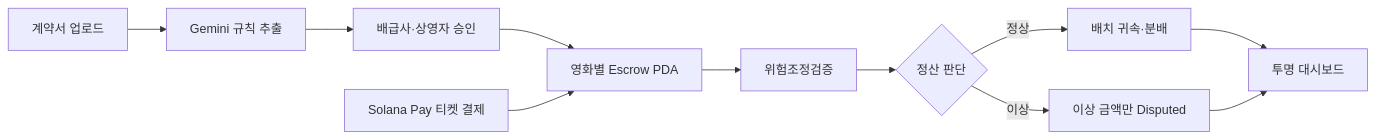
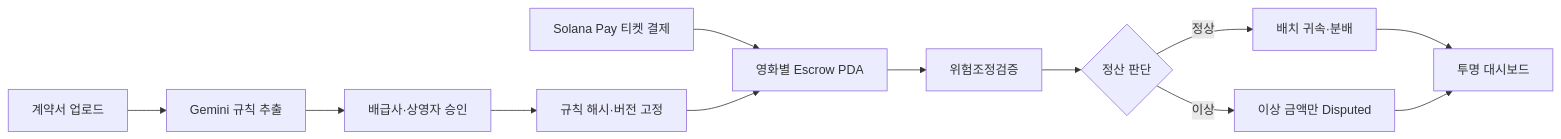
Before and after one commit to chaincrew-kr/blockchain-hackathon: the first of 2 diagrams in README.md, drawn with Mermaid. The commit also changed other lines of this file and 11 other files, not shown here.

````diff
--- a/README.md
+++ b/README.md
@@ -63,13 +102,14 @@
 ```mermaid
 flowchart LR
   Contract["계약서 업로드"] --> Gemini["Gemini 규칙 추출"]
   Gemini --> Approval["배급사·상영자 승인"]
-  Approval --> Escrow["영화별 Escrow PDA"]
-  Payment["Solana Pay 티켓 결제"] --> Escrow
+  Approval --> Rule["규칙 해시·버전 고정"]
+  Payment["Solana Pay 티켓 결제"] --> Escrow["영화별 Escrow PDA"]
+  Rule --> Escrow
   Escrow --> Risk["위험조정검증"]
   Risk --> Judge{"정산 판단"}
   Judge -->|정상| Settle["배치 귀속·분배"]
   Judge -->|이상| Hold["이상 금액만 Disputed"]
   Settle --> Dashboard["투명 대시보드"]
   Hold --> Dashboard
 ```
````
